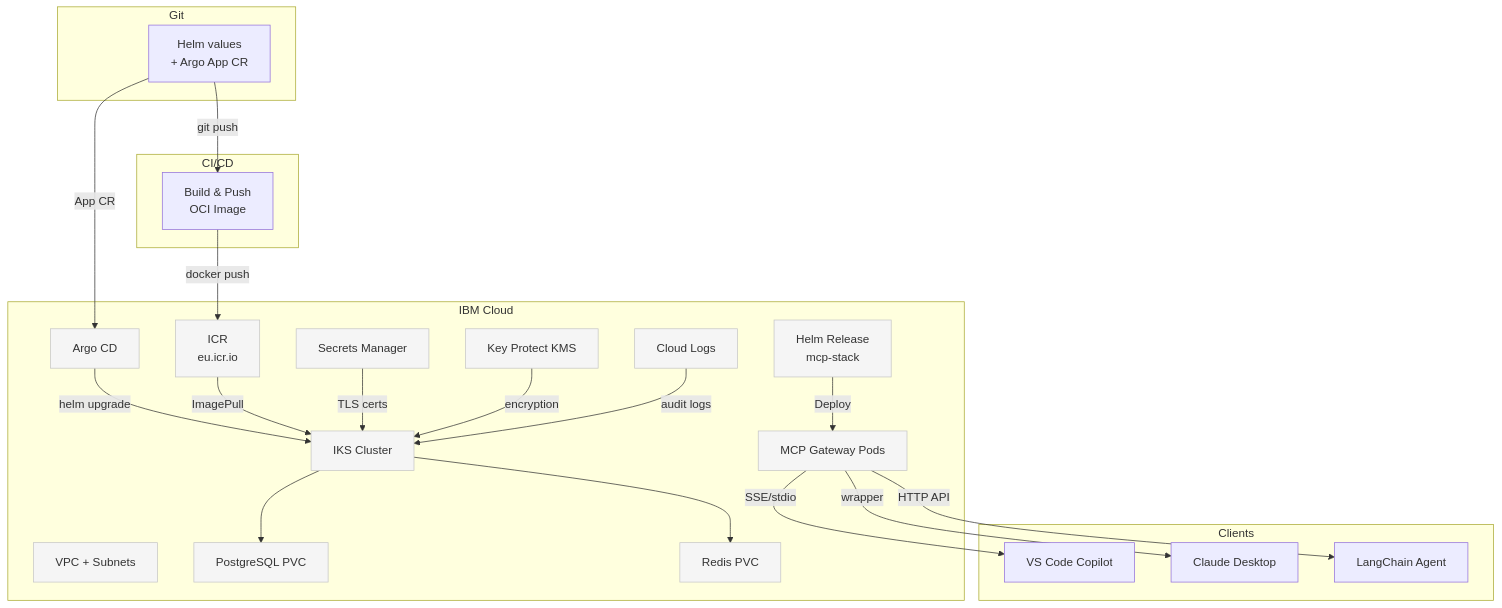
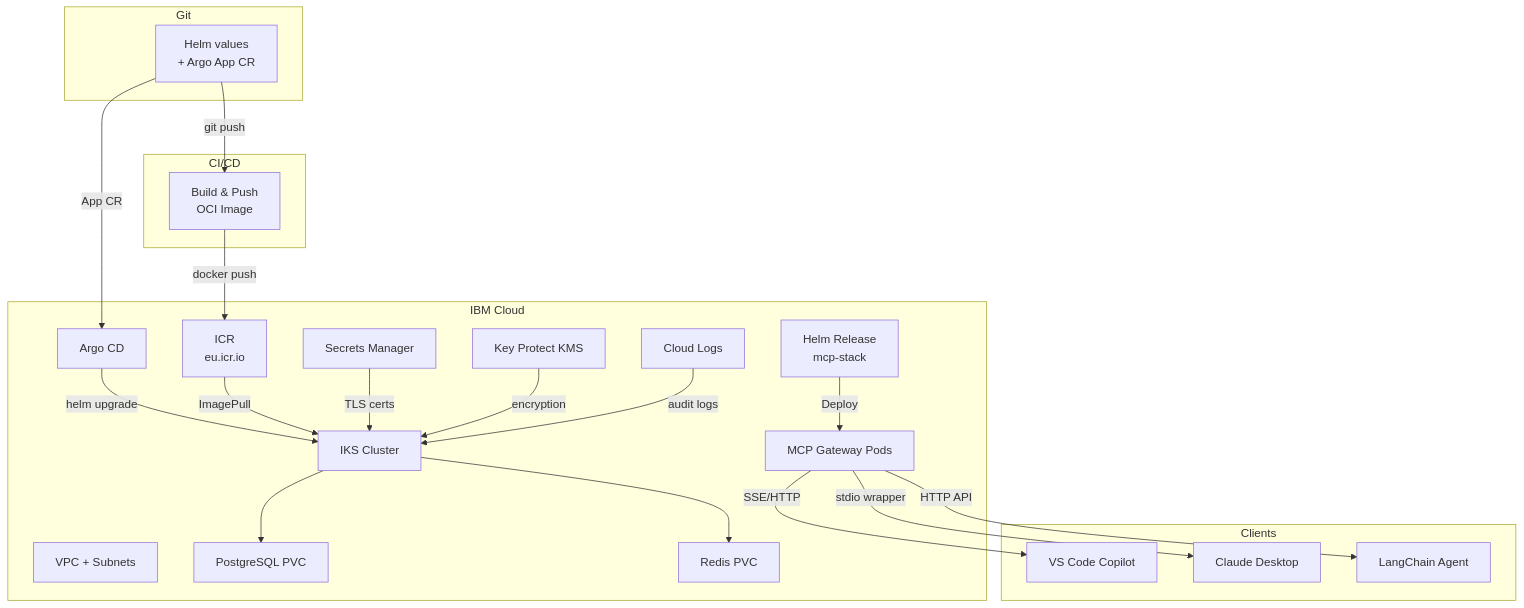
One commit to tedhabeck/mcp-context-forge changed the diagram in docs/docs/tutorials/argocd-helm-deployment-ibm-cloud-iks.md. Above: the diagram before and after it, drawn with Mermaid. The commit also changed 147 other files, not shown here.

First line of the commit message:
docs: refresh docs formatting, links, and diagrams (#2624)

````diff
--- a/docs/docs/tutorials/argocd-helm-deployment-ibm-cloud-iks.md
+++ b/docs/docs/tutorials/argocd-helm-deployment-ibm-cloud-iks.md
@@ -19,54 +19,50 @@
 ```mermaid
 flowchart TD
     %% ---------------- Git ----------------
     subgraph Git
         repo["Helm values<br/>+ Argo App CR"]
     end
 
     %% ---------------- CI/CD --------------
     subgraph "CI/CD"
         build["Build &amp; Push<br/>OCI Image"]
     end
 
     %% ---------------- IBM Cloud ----------
     subgraph "IBM Cloud"
         vpc["VPC + Subnets"]
         iks["IKS Cluster"]
         icr["ICR<br/>eu.icr.io"]
         argocd["Argo CD"]
         helm["Helm Release<br/>mcp-stack"]
         gateway["MCP Gateway Pods"]
         db["PostgreSQL PVC"]
         redis["Redis PVC"]
         kms["Key Protect KMS"]
         secrets["Secrets Manager"]
         logs["Cloud Logs"]
     end
 
     %% ---------------- Clients ------------
     subgraph Clients
         vscode["VS Code Copilot"]
         claude["Claude Desktop"]
         langchain["LangChain Agent"]
     end
 
-    %% ---------- Styling for IBM Cloud ----
-    classDef cloud fill:#f5f5f5,stroke:#c6c6c6;
-    class vpc,iks,icr,argocd,helm,gateway,db,redis,kms,secrets,logs cloud;
-
     %% ------------ Edges ------------------
     repo   -- "git push"      --> build
     build  -- "docker push"   --> icr
     repo   -- "App CR"        --> argocd
     argocd -- "helm upgrade"  --> iks
     icr    -- "ImagePull"     --> iks
     iks    --> db
     iks    --> redis
     helm   -- "Deploy"        --> gateway
     secrets-- "TLS certs"     --> iks
     kms    -- "encryption"    --> iks
     logs   -- "audit logs"    --> iks
-    gateway-- "SSE/stdio"     --> vscode
-    gateway-- "wrapper"       --> claude
+    gateway-- "SSE/HTTP"      --> vscode
+    gateway-- "stdio wrapper" --> claude
     gateway-- "HTTP API"      --> langchain
 ```
````
